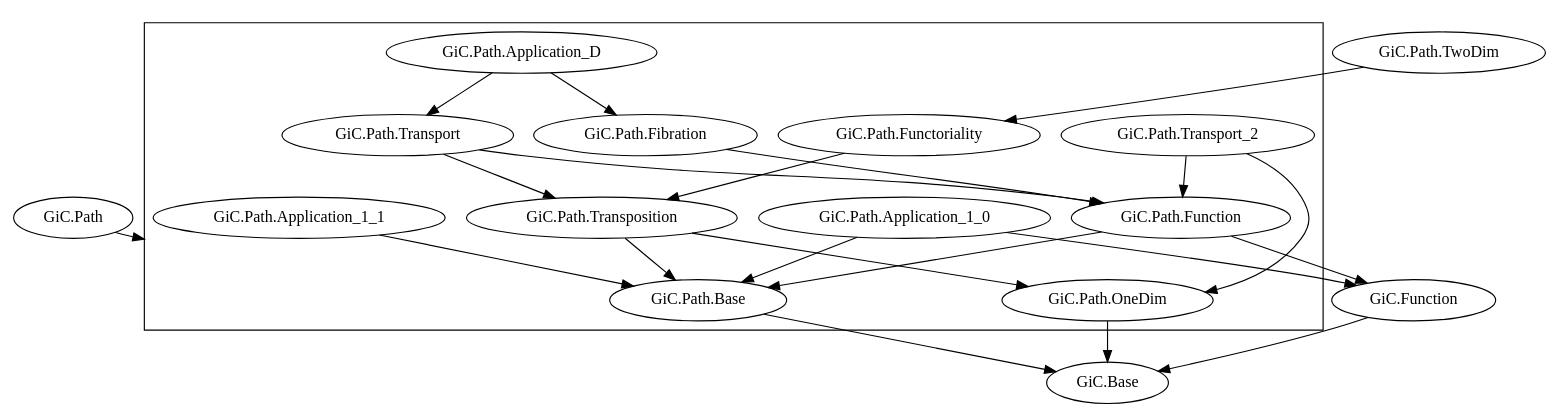
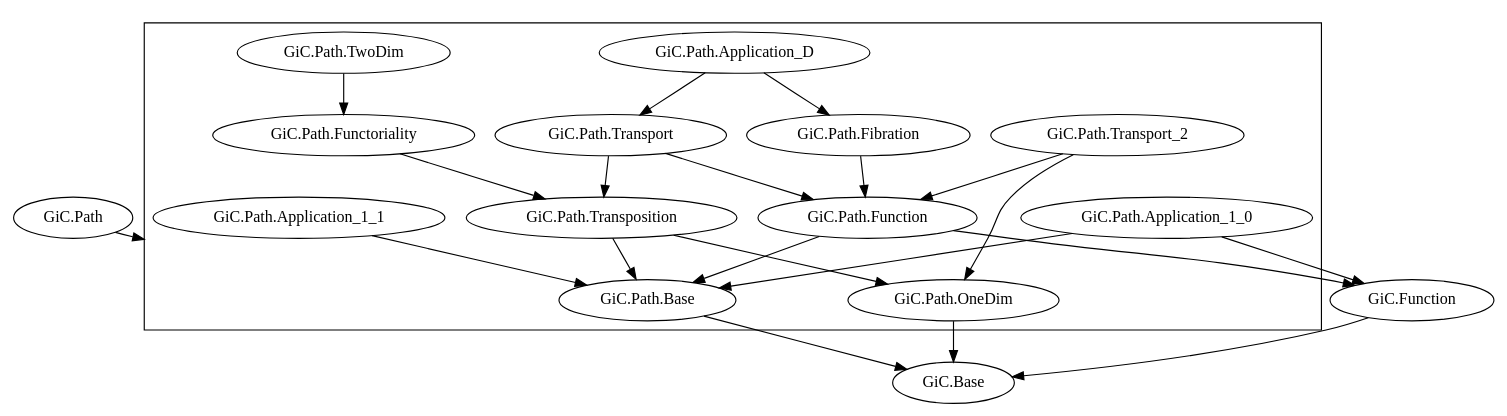
Before and after one commit to Hexirp/googology-in-coq: the diagram in documents/libraries-tred.gv, drawn with Graphviz. The commit also changed 1 other file, not shown here.

Commit message:
Fix: GiC.Path グループの中に GiC.Path.TwoDim を入れる
入れ忘れていたため。

```diff
--- a/documents/libraries-tred.gv
+++ b/documents/libraries-tred.gv
@@ -1,67 +1,68 @@
 digraph dependency_graph_tred {
   compound = true;
 
   # GiC.Base
 
   # GiC.Function
   "GiC.Function" -> "GiC.Base";
 
   # GiC.Path.Base
   "GiC.Path.Base" -> "GiC.Base";
 
   # GiC.Path.Function
   "GiC.Path.Function" -> "GiC.Function";
   "GiC.Path.Function" -> "GiC.Path.Base";
 
   # GiC.Path.OneDim
   "GiC.Path.OneDim" -> "GiC.Base";
 
   # GiC.Path.Transposition
   "GiC.Path.Transposition" -> "GiC.Path.Base";
   "GiC.Path.Transposition" -> "GiC.Path.OneDim";
 
   # GiC.Path.Functoriality
   "GiC.Path.Functoriality" -> "GiC.Path.Transposition";
 
   # GiC.Path.TwoDim
   "GiC.Path.TwoDim" -> "GiC.Path.Functoriality";
 
   # GiC.Path.Application_1_0
   "GiC.Path.Application_1_0" -> "GiC.Function";
   "GiC.Path.Application_1_0" -> "GiC.Path.Base";
 
   # GiC.Path.Application_1_1
   "GiC.Path.Application_1_1" -> "GiC.Path.Base";
 
   # GiC.Path.Transport
   "GiC.Path.Transport" -> "GiC.Path.Function";
   "GiC.Path.Transport" -> "GiC.Path.Transposition";
 
   # GiC.Path.Fibration
   "GiC.Path.Fibration" -> "GiC.Path.Function";
 
   # GiC.Path.Transport_2
   "GiC.Path.Transport_2" -> "GiC.Path.Function";
   "GiC.Path.Transport_2" -> "GiC.Path.OneDim";
 
   # GiC.Path.Application_D
   "GiC.Path.Application_D" -> "GiC.Path.Transport";
   "GiC.Path.Application_D" -> "GiC.Path.Fibration";
 
   # GiC.Path
   subgraph cluster_GiC_Path {
     "GiC.Path.Base";
     "GiC.Path.Function";
     "GiC.Path.OneDim";
+    "GiC.Path.TwoDim";
     "GiC.Path.Transposition";
     "GiC.Path.Functoriality";
     "GiC.Path.Application_1_0";
     "GiC.Path.Application_1_1";
     "GiC.Path.Transport";
     "GiC.Path.Fibration";
     "GiC.Path.Transport_2";
     "GiC.Path.Application_D";
   }
 
   "GiC.Path" -> "GiC.Path.Base" [lhead = cluster_GiC_Path];
 }
```
